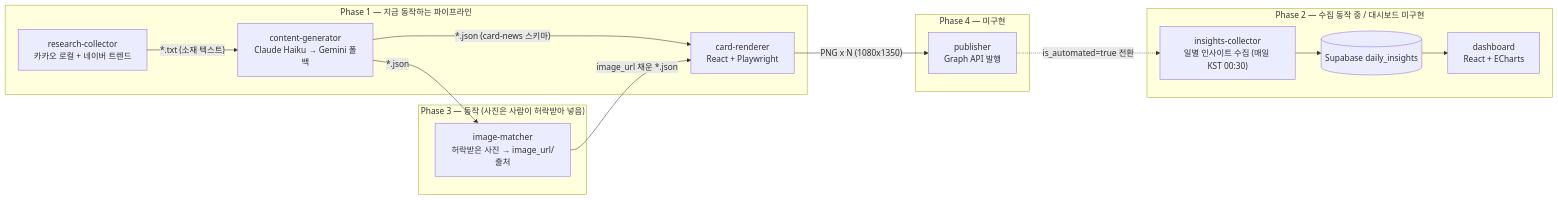
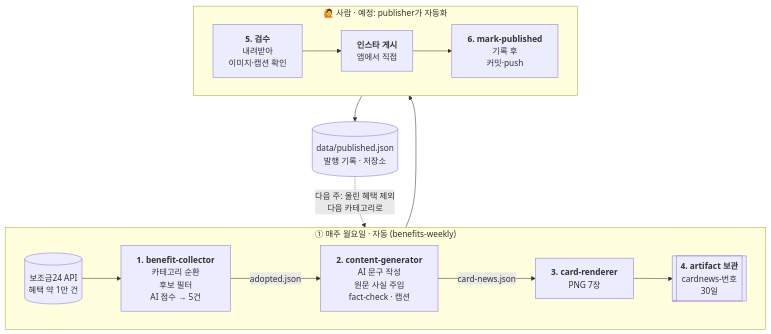
One commit to 7saval/cardnews changed the first of 2 diagrams in README.md. Above: the diagram before and after it, drawn with Mermaid. The commit also changed other lines of this file and 8 other files, not shown here.

````diff
--- a/README.md
+++ b/README.md
@@ -15,31 +56,26 @@
 ```mermaid
-flowchart LR
-    subgraph Phase1["Phase 1 — 지금 동작하는 파이프라인"]
-        RC["research-collector<br/>카카오 로컬 + 네이버 트렌드"]
-        CG["content-generator<br/>Claude Haiku → Gemini 폴백"]
-        CR["card-renderer<br/>React + Playwright"]
-        RC -->|"*.txt (소재 텍스트)"| CG
-        CG -->|"*.json (card-news 스키마)"| CR
+flowchart TB
+    subgraph AUTO["① 매주 월요일 · 자동 (benefits-weekly)"]
+        direction LR
+        GOV[("보조금24 API<br/>혜택 약 1만 건")]
+        BC["<b>1. benefit-collector</b><br/>카테고리 순환<br/>후보 필터<br/>AI 점수 → 5건"]
+        CG["<b>2. content-generator</b><br/>AI 문구 작성<br/>원문 사실 주입<br/>fact-check · 캡션"]
+        CR["<b>3. card-renderer</b><br/>PNG 7장"]
+        ART[["<b>4. artifact 보관</b><br/>cardnews-번호<br/>30일"]]
+        GOV --> BC -->|adopted.json| CG -->|card-news.json| CR --> ART
     end
 
-    CR -->|"PNG x N (1080x1350)"| Publish
-
-    subgraph Phase3["Phase 3 — 동작 (사진은 사람이 허락받아 넣음)"]
-        IM["image-matcher<br/>허락받은 사진 → image_url/출처"]
-    end
-    CG -->|"*.json"| IM
-    IM -->|"image_url 채운 *.json"| CR
-
-    subgraph Phase4["Phase 4 — 미구현"]
-        Publish["publisher<br/>Graph API 발행"]
+    subgraph HUMAN["🙋 사람 · 예정: publisher가 자동화"]
+        direction LR
+        DL["<b>5. 검수</b><br/>내려받아<br/>이미지·캡션 확인"]
+        POST["<b>인스타 게시</b><br/>앱에서 직접"]
+        MARK["<b>6. mark-published</b><br/>기록 후<br/>커밋·push"]
+        DL --> POST --> MARK
     end
 
-    subgraph Phase2["Phase 2 — 수집 동작 중 / 대시보드 미구현"]
-        IC["insights-collector<br/>일별 인사이트 수집 (매일 KST 00:30)"]
-        DB[("Supabase daily_insights")]
-        DASH["dashboard<br/>React + ECharts"]
-        IC --> DB --> DASH
-    end
+    HIST[("data/published.json<br/>발행 기록 · 저장소")]
 
-    Publish -.->|"is_automated=true 전환"| IC
+    ART --> DL
+    MARK --> HIST
+    HIST -.->|"다음 주: 올린 혜택 제외<br/>다음 카테고리로"| BC
 ```
````
